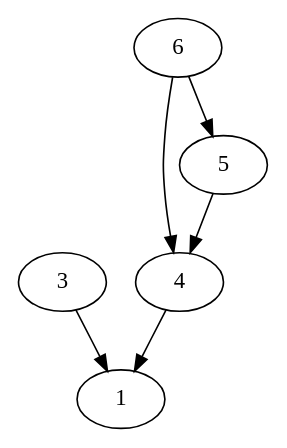
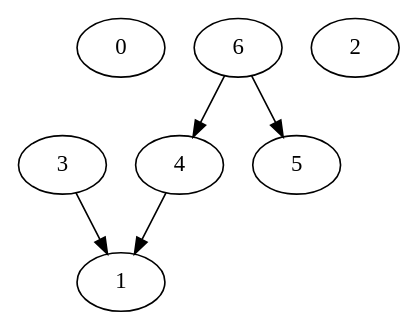
One commit to ThurzinRB/teoria-dos-grafos changed the diagram in grafo.dot. Above: the diagram before and after it, drawn with Graphviz. The commit also changed 7 other files, not shown here.

```diff
--- a/grafo.dot
+++ b/grafo.dot
@@ -1,7 +1,13 @@
 digraph G {
+  0;
+  1;
+  2;
+  3;
   3 -> 1;
+  4;
   4 -> 1;
-  5 -> 4;
+  5;
+  6;
   6 -> 4;
   6 -> 5;
 }
```
